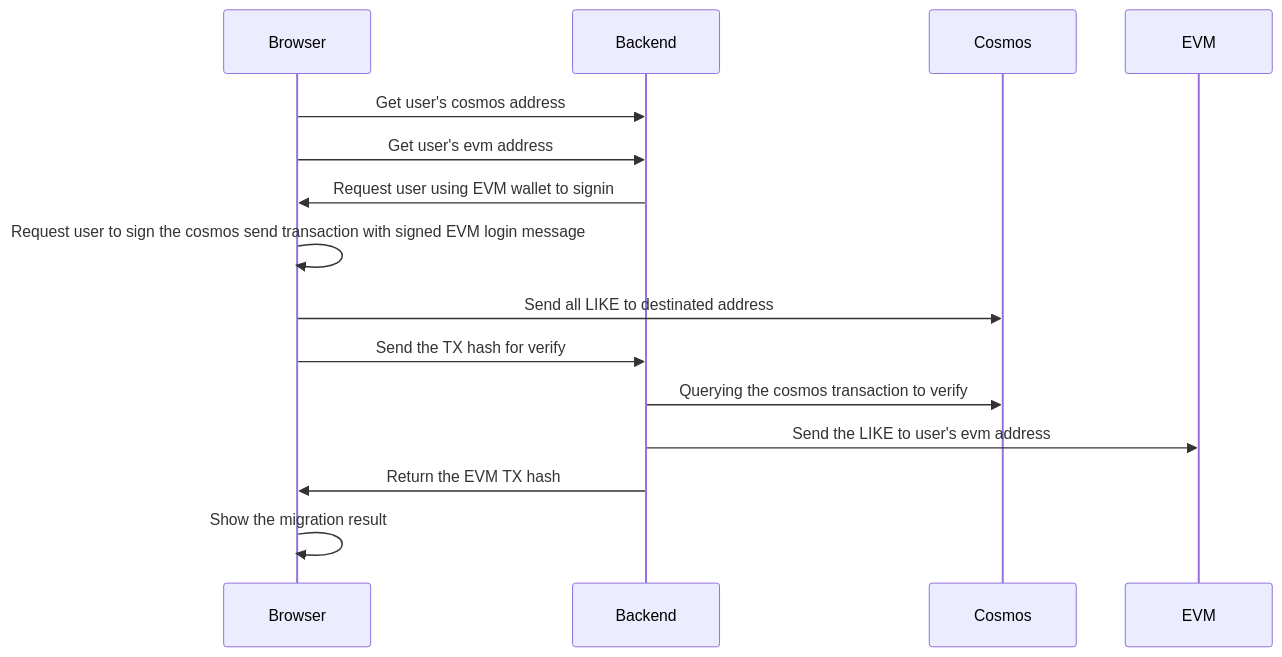
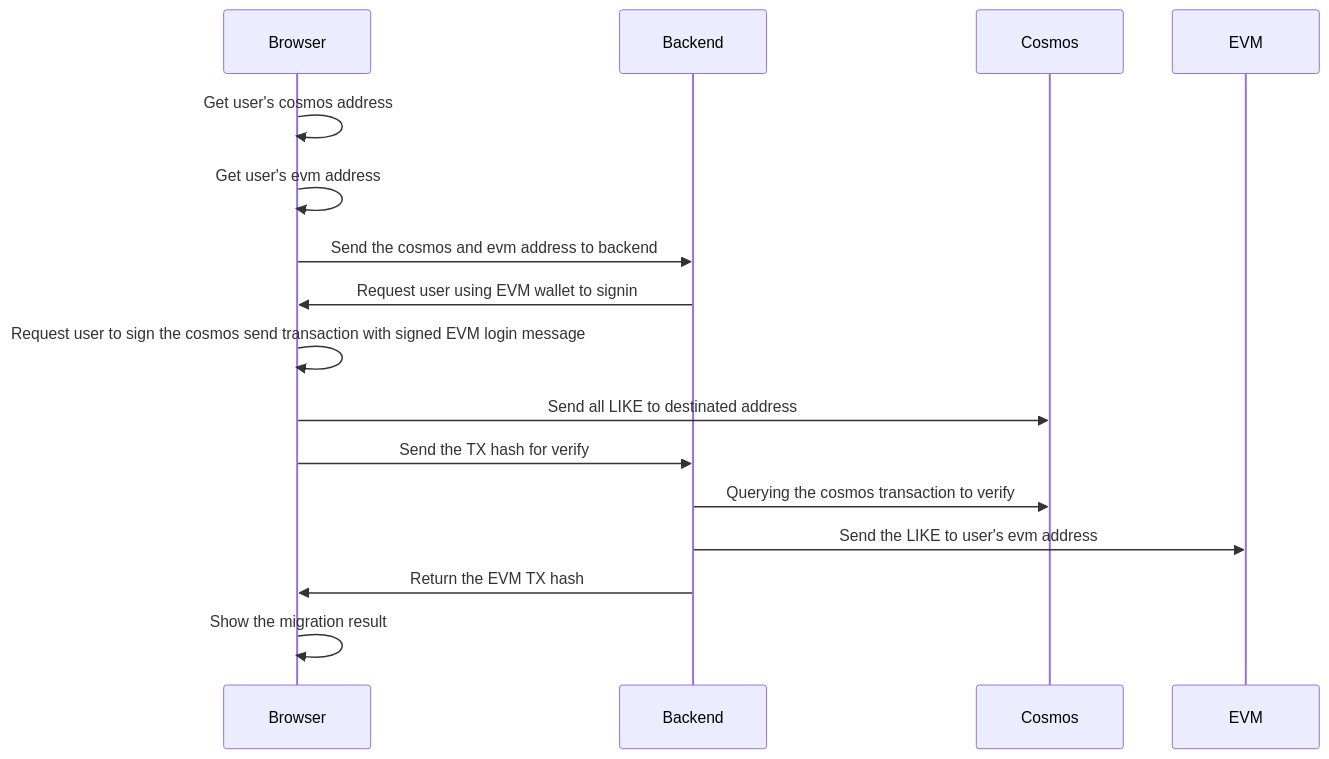
Before and after one commit to williamchong/likecoin-op: the diagram in likecoin-migration/README.md, drawn with Mermaid.

Commit message:
Update the flow to clarify who getting the address

````diff
--- a/likecoin-migration/README.md
+++ b/likecoin-migration/README.md
@@ -12,13 +12,14 @@
 ```mermaid
 sequenceDiagram
-    Browser->>Backend: Get user's cosmos address
-    Browser->>Backend: Get user's evm address
+    Browser->>Browser: Get user's cosmos address
+    Browser->>Browser: Get user's evm address
+    Browser->>Backend: Send the cosmos and evm address to backend
     Backend->>Browser: Request user using EVM wallet to signin
     Browser->>Browser: Request user to sign the cosmos send transaction with signed EVM login message
     Browser->>Cosmos: Send all LIKE to destinated address
     Browser->>Backend: Send the TX hash for verify
     Backend->>Cosmos: Querying the cosmos transaction to verify
     Backend->>EVM: Send the LIKE to user's evm address
     Backend->>Browser: Return the EVM TX hash
     Browser->>Browser: Show the migration result
 ```
````
